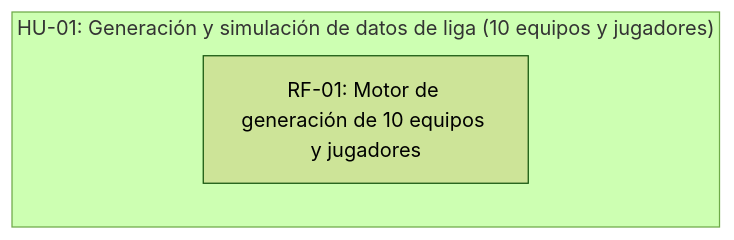
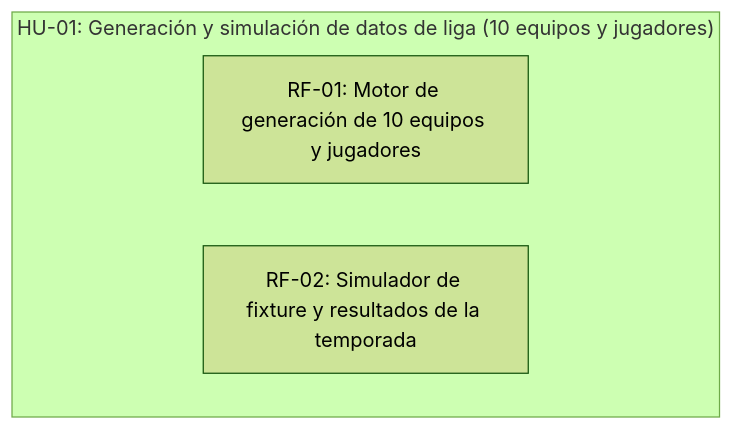
Before and after one commit to Agustin-PerezR/pruebas: the diagram in scrumDocs/grafo.md, drawn with Mermaid (forest theme). The commit also changed other lines of this file, not shown here.

````diff
--- a/scrumDocs/grafo.md
+++ b/scrumDocs/grafo.md
@@ -5,6 +5,7 @@
 ```mermaid
 graph TD
   subgraph US_1789500774004["HU-01: Generación y simulación de datos de liga (10 equipos y jugadores)"]
     REQ_1789501307396["RF-01: Motor de generación de 10 equipos y jugadores"]
+    REQ_1789501323521["RF-02: Simulador de fixture y resultados de la temporada"]
   end
 ```
````
